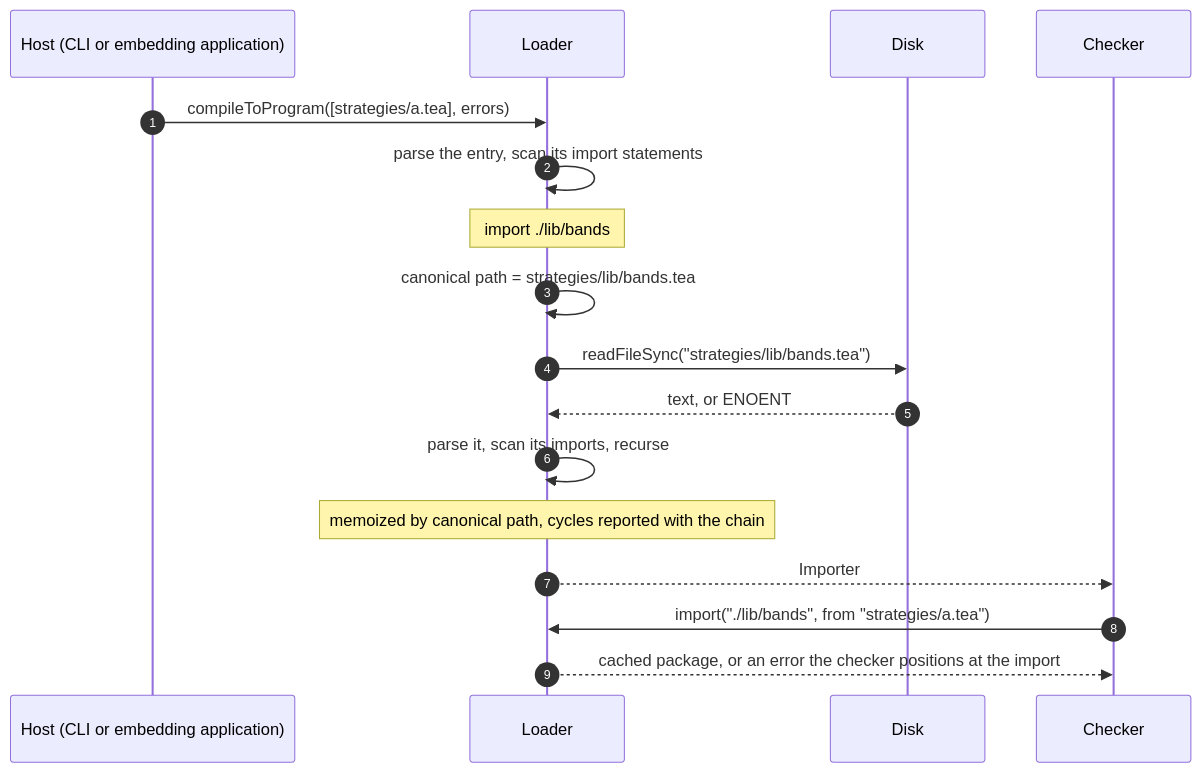
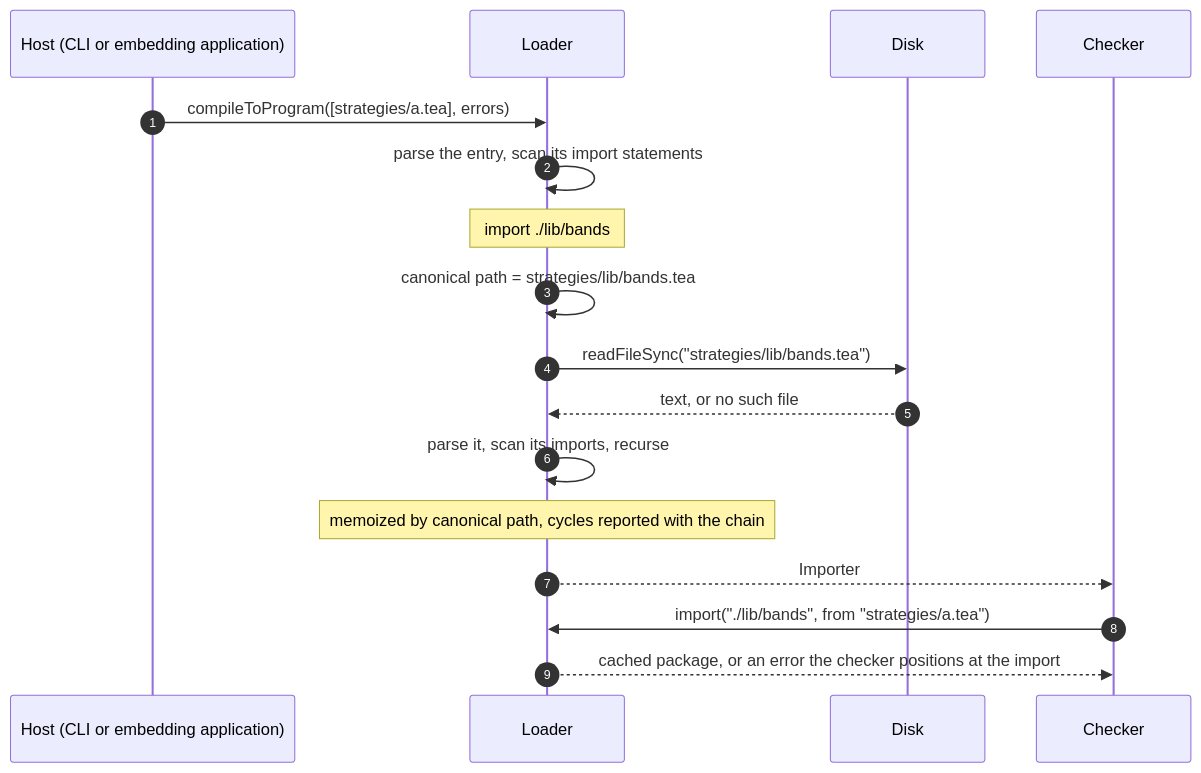
Before and after one commit to longsurf-ai/tea-lang: the diagram in docs/imports.md, drawn with Mermaid. The commit also changed other lines of this file and 32 other files, not shown here.

````diff
--- a/docs/imports.md
+++ b/docs/imports.md
@@ -63,20 +76,20 @@
 ```mermaid
 sequenceDiagram
   autonumber
   participant H as Host (CLI or embedding application)
   participant L as Loader
   participant D as Disk
   participant K as Checker
 
   H->>L: compileToProgram([strategies/a.tea], errors)
   L->>L: parse the entry, scan its import statements
   Note over L: import ./lib/bands
   L->>L: canonical path = strategies/lib/bands.tea
   L->>D: readFileSync("strategies/lib/bands.tea")
-  D-->>L: text, or ENOENT
+  D-->>L: text, or no such file
   L->>L: parse it, scan its imports, recurse
   Note over L: memoized by canonical path, cycles reported with the chain
   L-->>K: Importer
   K->>L: import("./lib/bands", from "strategies/a.tea")
   L-->>K: cached package, or an error the checker positions at the import
 ```
````
